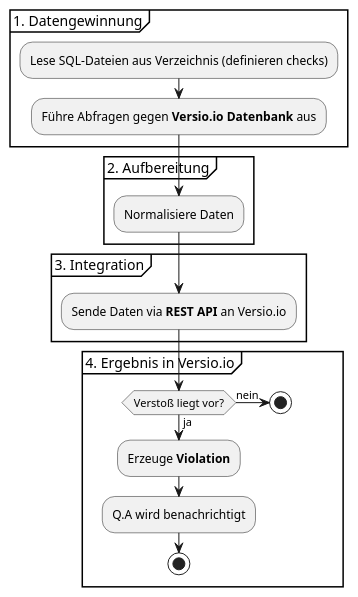
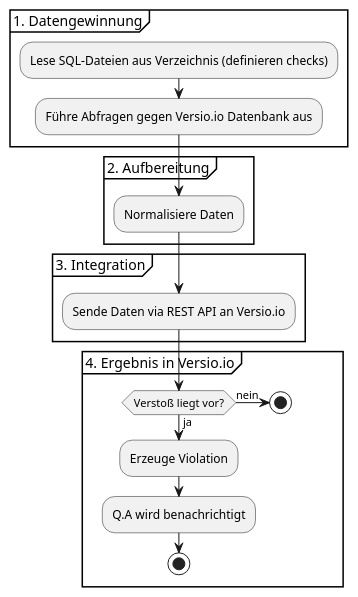
The diagram in Beantragung.md (massoudy-aryan/my_ihk_final_project), drawn with PlantUML before and after one commit. The commit also changed other lines of this file, not shown here.

````diff
--- a/Beantragung.md
+++ b/Beantragung.md
@@ -40,27 +40,27 @@
 ```plantuml
 @startuml project flow
 partition "1. Datengewinnung" {
     :Lese SQL-Dateien aus Verzeichnis (definieren checks);
-    :Führe Abfragen gegen **Versio.io Datenbank** aus;
+    :Führe Abfragen gegen Versio.io Datenbank aus;
 }
 
 partition "2. Aufbereitung" {
     :Normalisiere Daten;
 }
 
 partition "3. Integration" {
-    :Sende Daten via **REST API** an Versio.io;
+    :Sende Daten via REST API an Versio.io;
 }
 
 partition "4. Ergebnis in Versio.io" {
     if (Verstoß liegt vor?) then (ja)
-        :Erzeuge **Violation**;
+        :Erzeuge Violation;
         :Q.A wird benachrichtigt;
         stop
     else (nein)
         stop
     endif
 }
 @enduml
 
 ```
````
